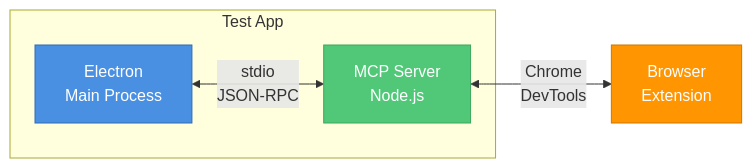
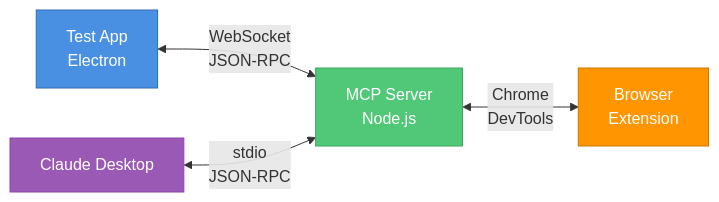
One commit to unacau/kapture changed the diagram in test-app/README.md. Above: the diagram before and after it, drawn with Mermaid. The commit also changed other lines of this file and 6 other files, not shown here.

First line of the commit message:
refactor(test-app): Switch to WebSocket with automatic reconnection

````diff
--- a/test-app/README.md
+++ b/test-app/README.md
@@ -87,11 +88,11 @@
 ```mermaid
 graph LR
-    subgraph "Test App"
-        A[Electron<br/>Main Process] <-->|stdio<br/>JSON-RPC| B[MCP Server<br/>Node.js]
-    end
+    A[Test App<br/>Electron] <-->|WebSocket<br/>JSON-RPC| B[MCP Server<br/>Node.js]
+    D[Claude Desktop] <-->|stdio<br/>JSON-RPC| B
     B <-->|Chrome<br/>DevTools| C[Browser<br/>Extension]
     
     style A fill:#4a90e2,stroke:#2e6bb5,color:#fff
     style B fill:#50c878,stroke:#3da660,color:#fff
     style C fill:#ff9500,stroke:#cc7700,color:#fff
+    style D fill:#9b59b6,stroke:#8e44ad,color:#fff
 ```
````
